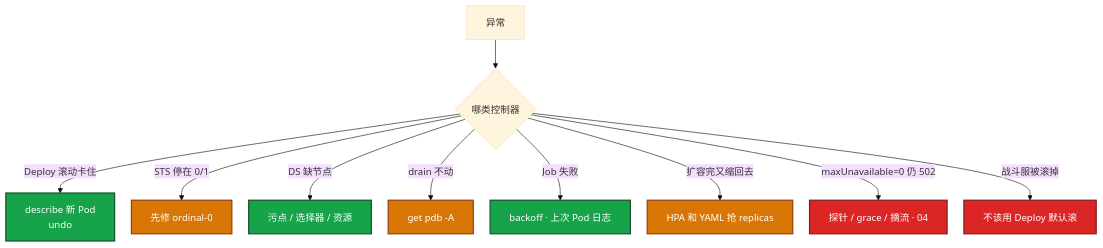
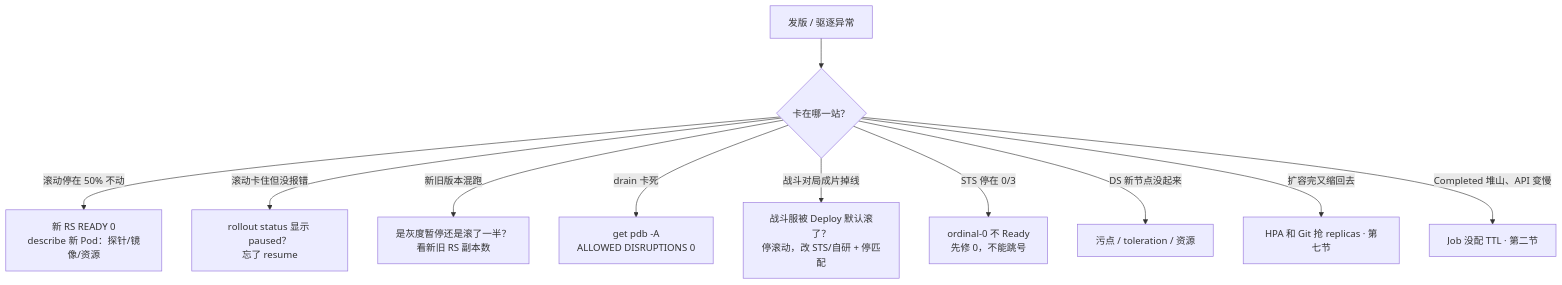
Before and after one commit to ml-cuizijun/LearnToLilith: the seventh of 7 diagrams in 03-Kubernetes/05-工作负载控制器/知识点.md, drawn with Mermaid. The commit also changed other lines of this file and 470 other files, not shown here.

````diff
--- a/03-Kubernetes/05-工作负载控制器/知识点.md
+++ b/03-Kubernetes/05-工作负载控制器/知识点.md
@@ -598,20 +428,13 @@
 ```mermaid
-%%{init: {"flowchart": {"padding": 16, "nodeSpacing": 28, "rankSpacing": 48}, "theme": "base"}}%%
 flowchart TB
-    A[异常] --> B{哪类控制器}
-    B -->|Deploy 滚动卡住| C[describe 新 Pod<br/>undo]
-    B -->|STS 停在 0/1| D[先修 ordinal-0]
-    B -->|DS 缺节点| E[污点 / 选择器 / 资源]
-    B -->|drain 不动| F[get pdb -A]
-    B -->|Job 失败| G[backoff · 上次 Pod 日志]
-    B -->|扩容完又缩回去| H[HPA 和 YAML 抢 replicas]
-    B -->|maxUnavailable=0 仍 502| I[探针 / grace / 摘流 · 04]
-    B -->|战斗服被滚掉| J[不该用 Deploy 默认滚]
-
-    classDef ok fill:#16A34A,stroke:#14532D,stroke-width:2px,color:#fff
-    classDef bad fill:#DC2626,stroke:#7F1D1D,stroke-width:2px,color:#fff
-    classDef warn fill:#D97706,stroke:#92400E,stroke-width:2px,color:#fff
-    class C,E,G ok
-    class J,I bad
-    class D,F,H warn
+    A["发版 / 驱逐异常"] --> B{"卡在哪一站？"}
+    B -->|滚动停在 50% 不动| C["新 RS READY 0<br/>describe 新 Pod：探针/镜像/资源"]
+    B -->|滚动卡住但没报错| D["rollout status 显示 paused？<br/>忘了 resume"]
+    B -->|新旧版本混跑| E["是灰度暂停还是滚了一半？<br/>看新旧 RS 副本数"]
+    B -->|drain 卡死| F["get pdb -A<br/>ALLOWED DISRUPTIONS 0"]
+    B -->|战斗对局成片掉线| G["战斗服被 Deploy 默认滚了？<br/>停滚动，改 STS/自研 + 停匹配"]
+    B -->|STS 停在 0/3| H["ordinal-0 不 Ready<br/>先修 0，不能跳号"]
+    B -->|DS 新节点没起来| I["污点 / toleration / 资源"]
+    B -->|扩容完又缩回去| J["HPA 和 Git 抢 replicas · 第七节"]
+    B -->|Completed 堆山、API 变慢| K["Job 没配 TTL · 第二节"]
 ```
````
